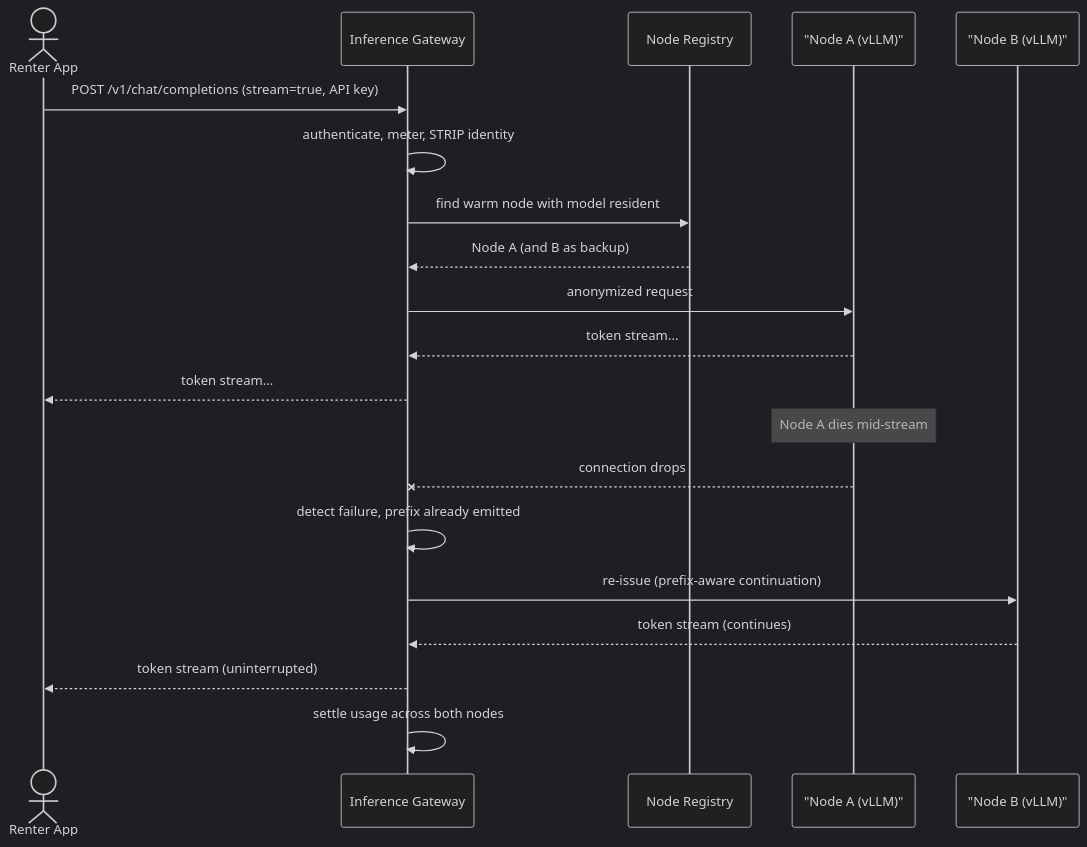
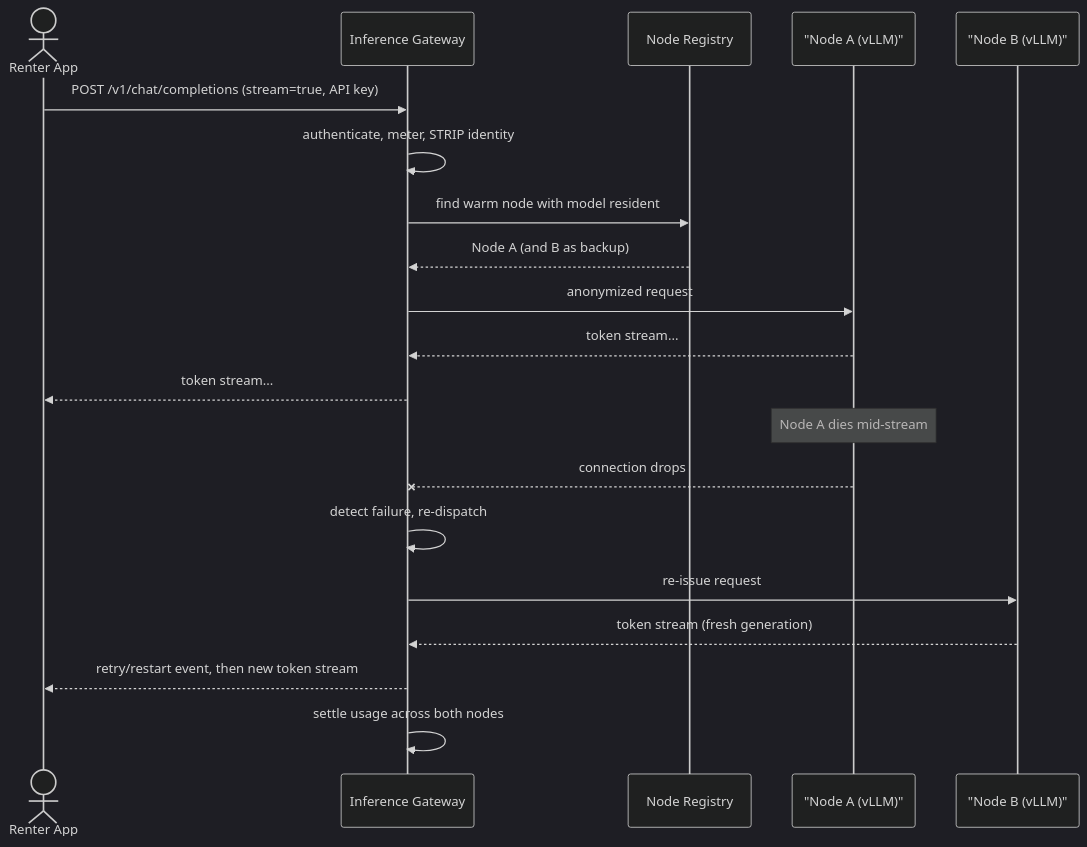
One commit to Zarlanx/loom changed the second of 3 diagrams in docs/architecture/overview.md. Above: the diagram before and after it, drawn with Mermaid (dark theme). The commit also changed other lines of this file and 12 other files, not shown here.

````diff
--- a/docs/architecture/overview.md
+++ b/docs/architecture/overview.md
@@ -72,23 +72,23 @@
 ```mermaid
 sequenceDiagram
     actor App as Renter App
     participant GW as Inference Gateway
     participant Reg as Node Registry
     participant NodeA as "Node A (vLLM)"
     participant NodeB as "Node B (vLLM)"
 
     App->>GW: POST /v1/chat/completions (stream=true, API key)
     GW->>GW: authenticate, meter, STRIP identity
     GW->>Reg: find warm node with model resident
     Reg-->>GW: Node A (and B as backup)
     GW->>NodeA: anonymized request
     NodeA-->>GW: token stream...
     GW-->>App: token stream...
     Note over NodeA: Node A dies mid-stream
     NodeA--xGW: connection drops
-    GW->>GW: detect failure, prefix already emitted
-    GW->>NodeB: re-issue (prefix-aware continuation)
-    NodeB-->>GW: token stream (continues)
-    GW-->>App: token stream (uninterrupted)
+    GW->>GW: detect failure, re-dispatch
+    GW->>NodeB: re-issue request
+    NodeB-->>GW: token stream (fresh generation)
+    GW-->>App: retry/restart event, then new token stream
     GW->>GW: settle usage across both nodes
 ```
````
